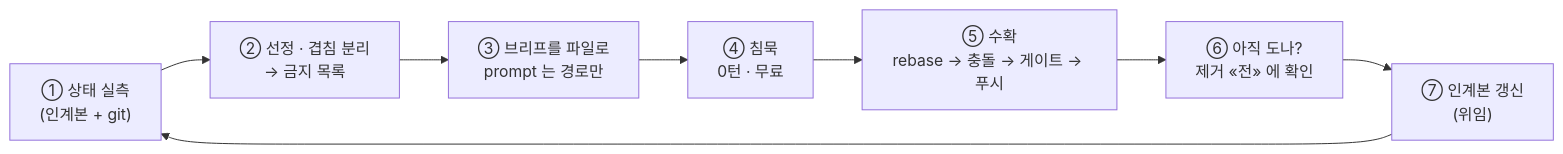
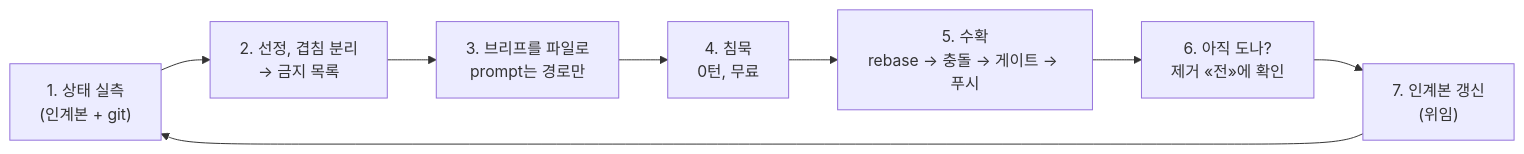
Before and after one commit to sh5623/parallel-worktree: the first of 2 diagrams in README.ko.md, drawn with Mermaid. The commit also changed other lines of this file and 1 other file, not shown here.

````diff
--- a/README.ko.md
+++ b/README.ko.md
@@ -55,10 +90,10 @@
 ```mermaid
 flowchart LR
-    A["① 상태 실측<br/>(인계본 + git)"] --> B["② 선정 · 겹침 분리<br/>→ 금지 목록"]
-    B --> C["③ 브리프를 파일로<br/>prompt 는 경로만"]
-    C --> D["④ 침묵<br/>0턴 · 무료"]
-    D --> E["⑤ 수확<br/>rebase → 충돌 → 게이트 → 푸시"]
-    E --> F["⑥ 아직 도나?<br/>제거 «전» 에 확인"]
-    F --> G["⑦ 인계본 갱신<br/>(위임)"]
+    A["1. 상태 실측<br/>(인계본 + git)"] --> B["2. 선정, 겹침 분리<br/>→ 금지 목록"]
+    B --> C["3. 브리프를 파일로<br/>prompt는 경로만"]
+    C --> D["4. 침묵<br/>0턴, 무료"]
+    D --> E["5. 수확<br/>rebase → 충돌 → 게이트 → 푸시"]
+    E --> F["6. 아직 도나?<br/>제거 «전»에 확인"]
+    F --> G["7. 인계본 갱신<br/>(위임)"]
     G --> A
 ```
````
